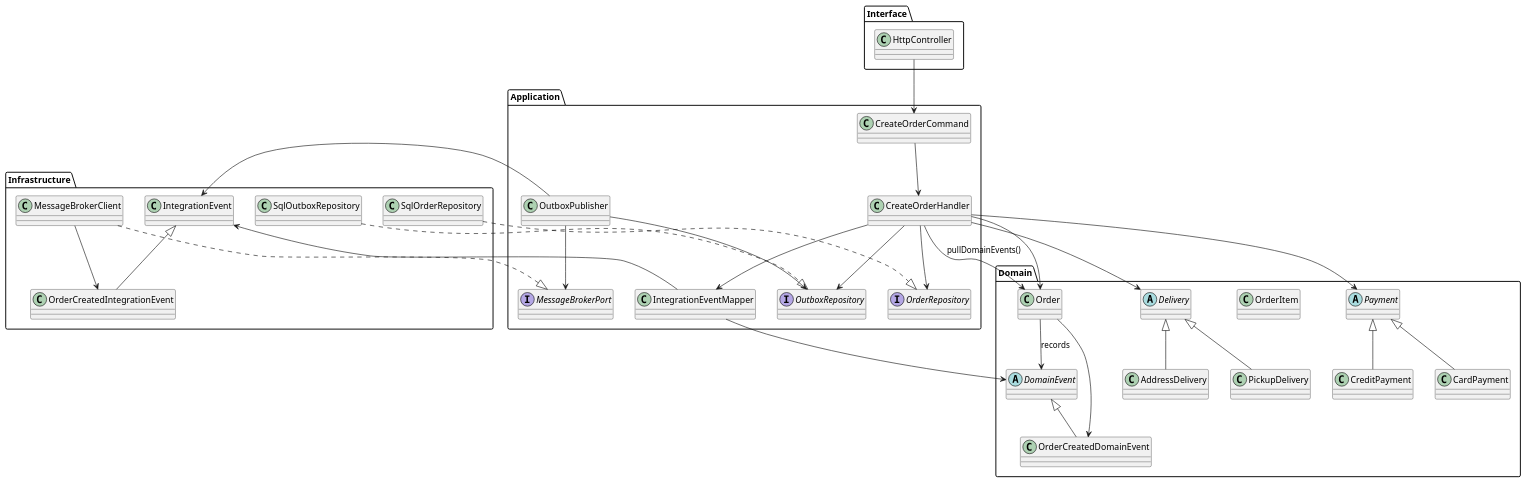
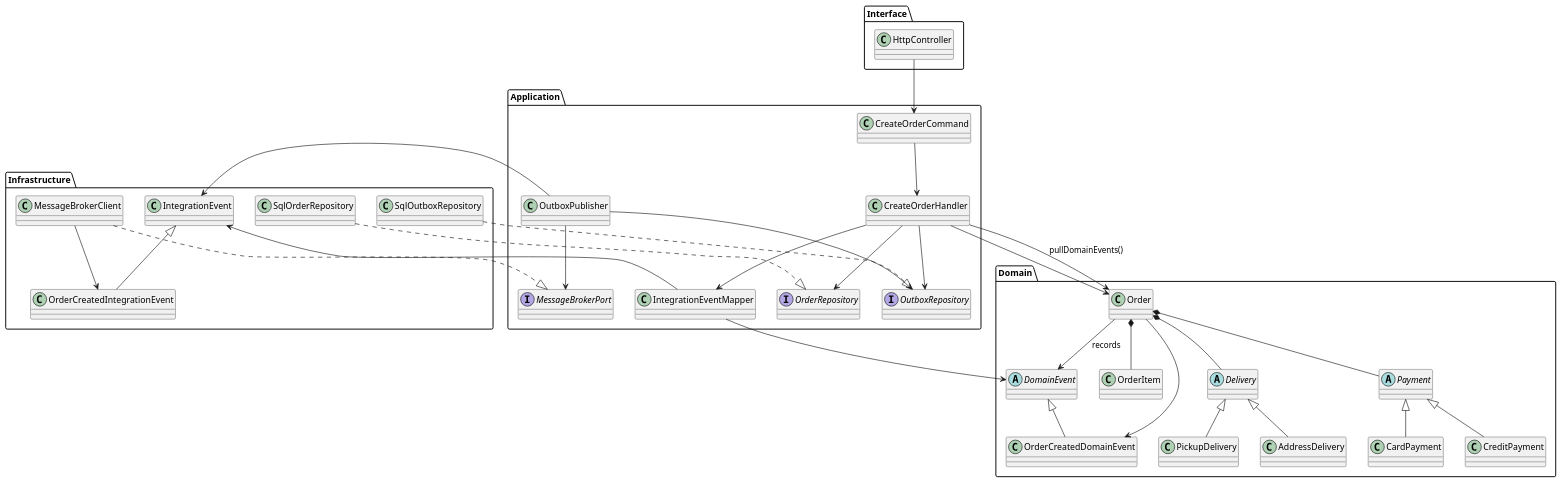
The diagram in architecture.puml (robotateme/order-service-design), drawn with PlantUML before and after one commit. The commit also changed 2 other files, not shown here.

Commit message:
Model order as aggregate root

```diff
--- a/architecture.puml
+++ b/architecture.puml
@@ -1,72 +1,73 @@
 @startuml
 
 package Application {
 class CreateOrderCommand
 class CreateOrderHandler
 class OutboxPublisher
 class IntegrationEventMapper
 interface OrderRepository
 interface OutboxRepository
 interface MessageBrokerPort
 }
 
 package Domain {
 class Order
 class OrderItem
 abstract class DomainEvent
 class OrderCreatedDomainEvent
 abstract class Delivery
 class PickupDelivery
 class AddressDelivery
 
 abstract class Payment
 class CardPayment
 class CreditPayment
 }
 
 package Infrastructure {
 class SqlOrderRepository
 class SqlOutboxRepository
 class MessageBrokerClient
 class IntegrationEvent
 class OrderCreatedIntegrationEvent
 }
 
 package Interface {
 class HttpController
 }
 
 HttpController --> CreateOrderCommand
 CreateOrderCommand --> CreateOrderHandler
 
 CreateOrderHandler --> Order
-CreateOrderHandler --> Delivery
-CreateOrderHandler --> Payment
 CreateOrderHandler --> IntegrationEventMapper
 
 CreateOrderHandler --> OrderRepository
 CreateOrderHandler --> OutboxRepository
 
+Order *-- OrderItem
+Order *-- Delivery
+Order *-- Payment
 Order --> DomainEvent : records
 Order --> OrderCreatedDomainEvent
 DomainEvent <|-- OrderCreatedDomainEvent
 CreateOrderHandler --> Order : pullDomainEvents()
 IntegrationEventMapper --> DomainEvent
 IntegrationEventMapper --> IntegrationEvent
 IntegrationEvent <|-- OrderCreatedIntegrationEvent
 
 Delivery <|-- PickupDelivery
 Delivery <|-- AddressDelivery
 
 Payment <|-- CardPayment
 Payment <|-- CreditPayment
 
 OutboxPublisher --> OutboxRepository
 OutboxPublisher --> MessageBrokerPort
 OutboxPublisher --> IntegrationEvent
 SqlOrderRepository ..|> OrderRepository
 SqlOutboxRepository ..|> OutboxRepository
 MessageBrokerClient ..|> MessageBrokerPort
 MessageBrokerClient --> OrderCreatedIntegrationEvent
 
 @enduml
```
